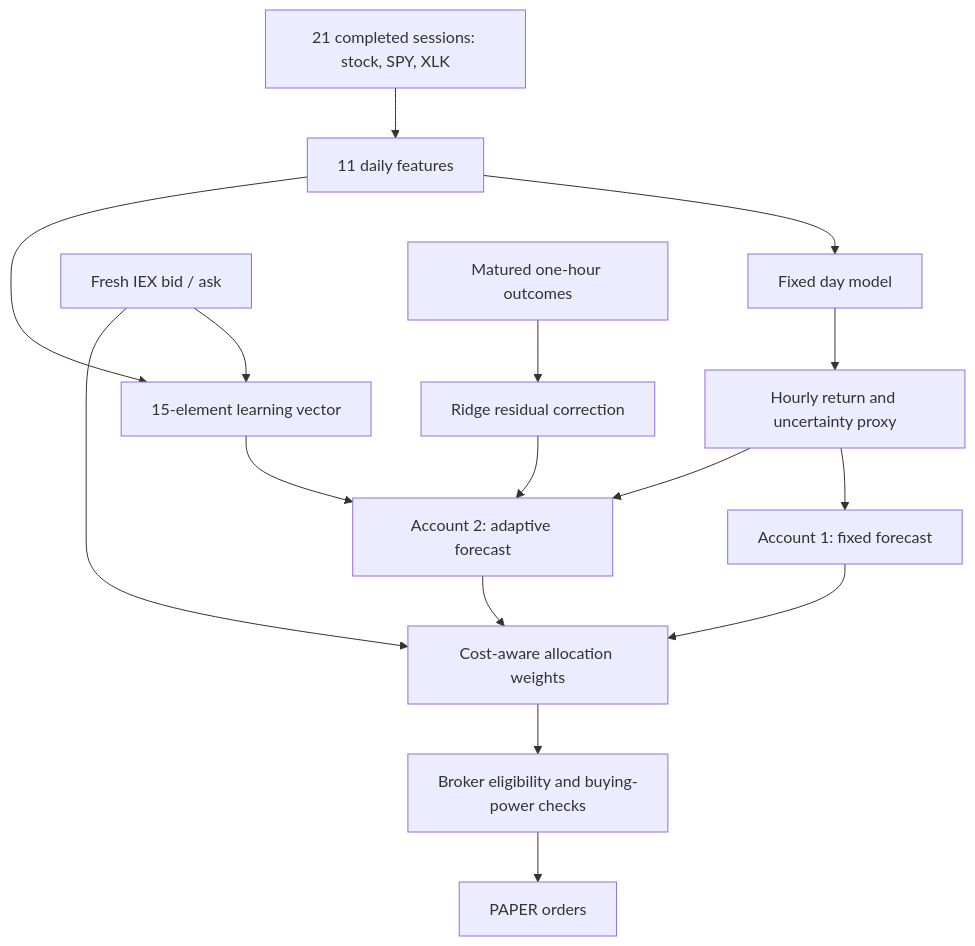
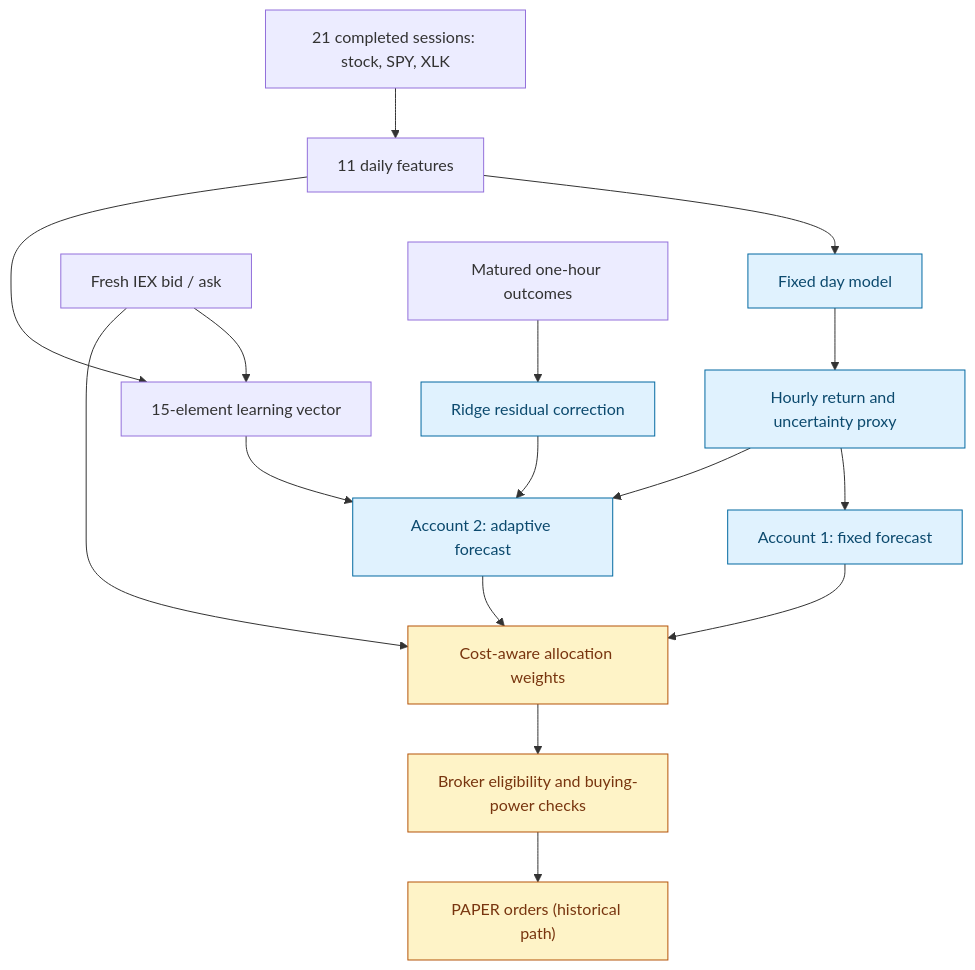
Before and after one commit to Kefkaguy/Mainkraftik: the diagram in README.md, drawn with Mermaid. The commit also changed other lines of this file, not shown here.

````diff
--- a/README.md
+++ b/README.md
@@ -74,18 +264,22 @@
 ```mermaid
 flowchart TD
     A["21 completed sessions: stock, SPY, XLK"] --> B["11 daily features"]
     B --> C["Fixed day model"]
     C --> D["Hourly return and uncertainty proxy"]
     Q["Fresh IEX bid / ask"] --> E["15-element learning vector"]
     B --> E
     D --> F["Account 1: fixed forecast"]
     D --> G["Account 2: adaptive forecast"]
     E --> G
     H["Matured one-hour outcomes"] --> I["Ridge residual correction"]
     I --> G
     F --> J["Cost-aware allocation weights"]
     G --> J
     Q --> J
     J --> K["Broker eligibility and buying-power checks"]
-    K --> L["PAPER orders"]
+    K --> L["PAPER orders (historical path)"]
+    classDef model fill:#e0f2fe,stroke:#0369a1,color:#0c4a6e
+    classDef control fill:#fef3c7,stroke:#b45309,color:#78350f
+    class C,D,F,G,I model
+    class J,K,L control
 ```
````
